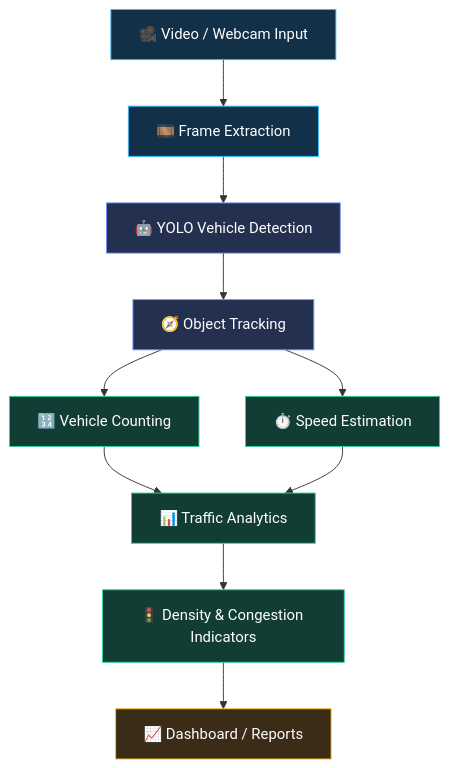
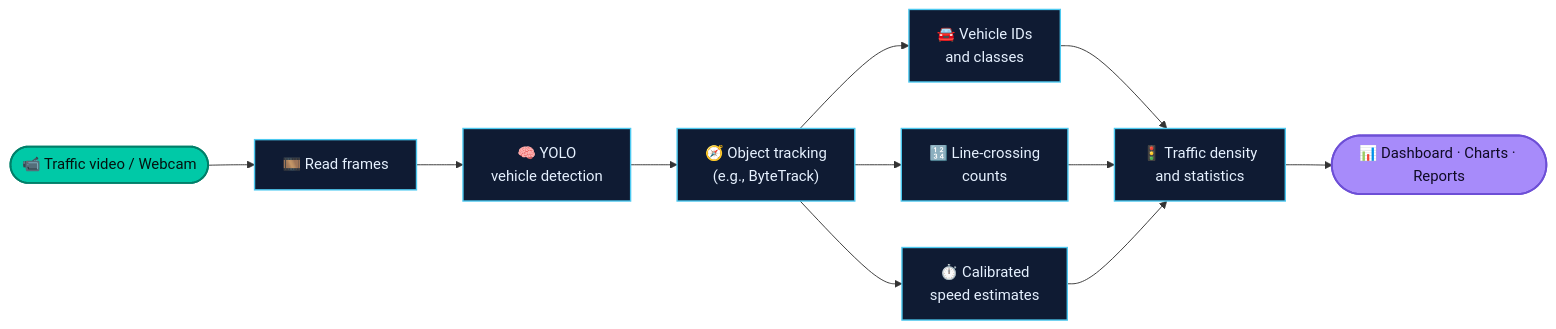
The first of 2 diagrams in README.md (Srj-source/edge-vision), drawn with Mermaid before and after one commit. The commit also changed other lines of this file, not shown here.

````diff
--- a/README.md
+++ b/README.md
@@ -137,22 +123,18 @@
 ```mermaid
-flowchart TD
-    A["🎥 Video / Webcam Input"] --> B["🎞️ Frame Extraction"]
-    B --> C["🤖 YOLO Vehicle Detection"]
-    C --> D["🧭 Object Tracking"]
-    D --> E["🔢 Vehicle Counting"]
-    D --> F["⏱️ Speed Estimation"]
-    E --> G["📊 Traffic Analytics"]
-    F --> G
-    G --> H["🚦 Density & Congestion Indicators"]
-    H --> I["📈 Dashboard / Reports"]
-    
-    classDef input fill:#123047,stroke:#38bdf8,color:#ffffff
-    classDef ai fill:#24304f,stroke:#818cf8,color:#ffffff
-    classDef analytics fill:#123d35,stroke:#34d399,color:#ffffff
-    classDef output fill:#3b2c18,stroke:#fbbf24,color:#ffffff
-    
-    class A,B input
-    class C,D ai
-    class E,F,G,H analytics
-    class I output
+flowchart LR
+    A(["📹 Traffic video / Webcam"]):::input --> B["🎞️ Read frames"]
+    B --> C["🧠 YOLO<br/>vehicle detection"]
+    C --> D["🧭 Object tracking<br/>(e.g., ByteTrack)"]
+    D --> E["🚘 Vehicle IDs<br/>and classes"]
+    D --> F["🔢 Line-crossing<br/>counts"]
+    D --> G["⏱️ Calibrated<br/>speed estimates"]
+    E --> H["🚦 Traffic density<br/>and statistics"]
+    F --> H
+    G --> H
+    H --> I(["📊 Dashboard · Charts · Reports"]):::output
+
+    classDef input fill:#00c9a7,stroke:#007f69,color:#04120f,stroke-width:2px;
+    classDef output fill:#a78bfa,stroke:#6d4fd6,color:#0f0a24,stroke-width:2px;
+    classDef step fill:#0f1b33,stroke:#4cc9f0,color:#e6f1ff,stroke-width:1.5px;
+    class B,C,D,E,F,G,H step;
 ```
````
